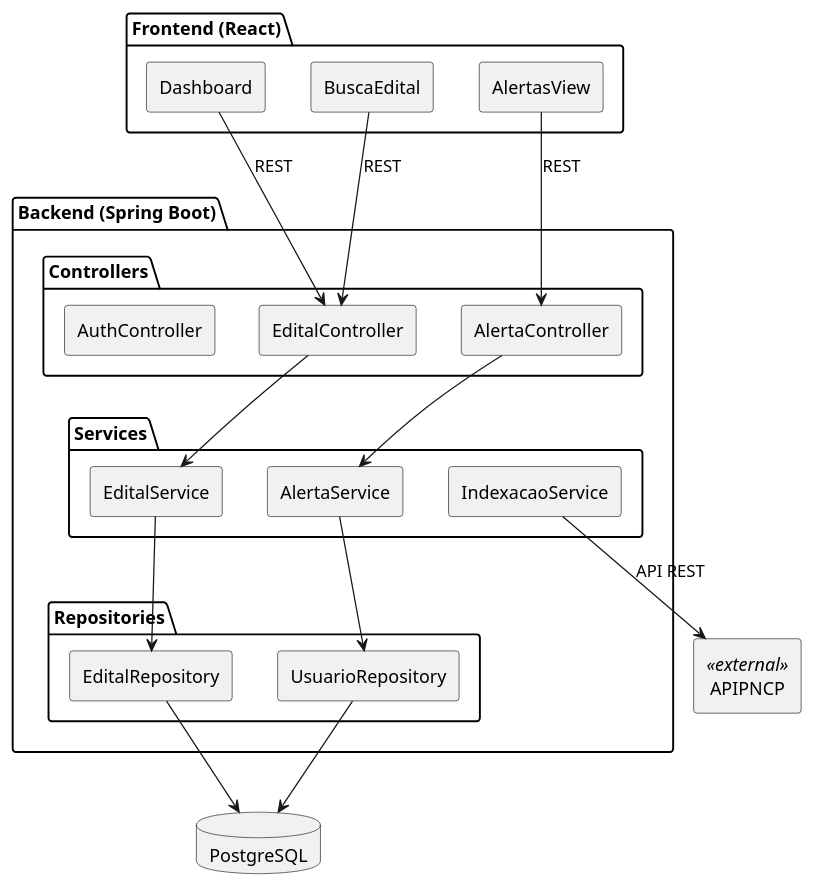
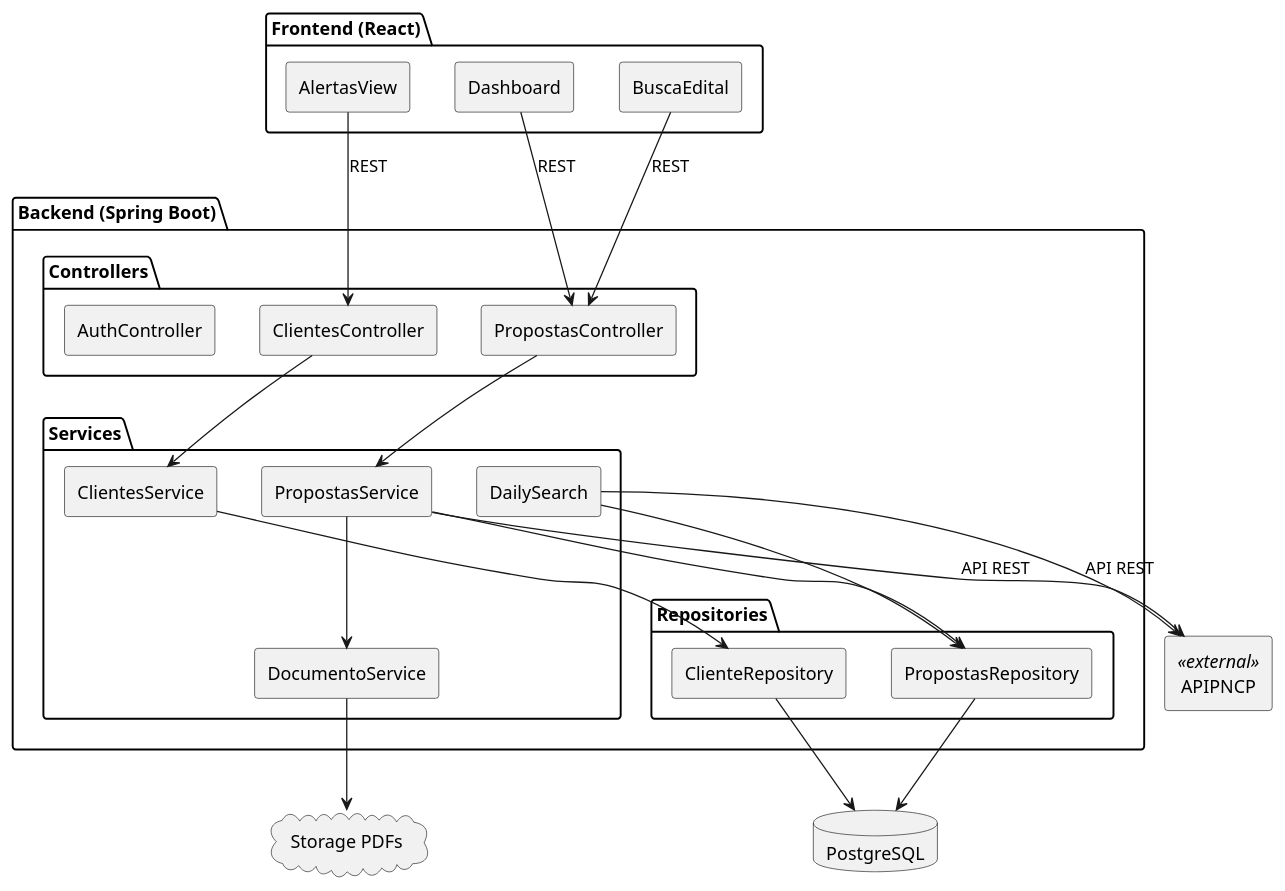
Before and after one commit to LiveiraO2110/eng-software-kurt-mod1: the diagram in docs/arquitetura/diagrama_de_componentes.puml, drawn with PlantUML.

Commit message:
Update component diagram with new controllers and services

```diff
--- a/docs/arquitetura/diagrama_de_componentes.puml
+++ b/docs/arquitetura/diagrama_de_componentes.puml
@@ -1,52 +1,61 @@
 @startuml
 
 skinparam componentStyle rectangle
 skinparam backgroundColor white
 
 package "Frontend (React)" {
 
     [Dashboard]
     [BuscaEdital]
     [AlertasView]
 }
 
 package "Backend (Spring Boot)" {
 
     package "Controllers" {
-        [EditalController]
-        [AlertaController]
+        [ClientesController]
+        [PropostasController]
         [AuthController]
     }
 
     package "Services" {
-        [EditalService]
-        [AlertaService]
-        [IndexacaoService]
+        [PropostasService]
+        [ClientesService]
+        [DailySearch]
+        [DocumentoService]
     }
 
     package "Repositories" {
-        [EditalRepository]
-        [UsuarioRepository]
+        [PropostasRepository]
+        [ClienteRepository]
     }
 }
 
 database "PostgreSQL" as DB
 
+cloud "Storage PDFs" as Storage
+
 [APIPNCP] <<external>>
 
-Dashboard --> EditalController : REST
-BuscaEdital --> EditalController : REST
-AlertasView --> AlertaController : REST
+Dashboard --> PropostasController : REST
+BuscaEdital --> PropostasController : REST
+AlertasView --> ClientesController : REST
 
-EditalController --> EditalService
-AlertaController --> AlertaService
+PropostasController --> PropostasService
+ClientesController --> ClientesService
 
-EditalService --> EditalRepository
-AlertaService --> UsuarioRepository
+ClientesService --> ClienteRepository
+PropostasService --> PropostasRepository
 
-IndexacaoService --> APIPNCP : API REST
+DailySearch --> PropostasRepository
 
-EditalRepository --> DB
-UsuarioRepository --> DB
+PropostasService --> APIPNCP : API REST
+DailySearch --> APIPNCP : API REST
+
+DocumentoService --> Storage
+PropostasService --> DocumentoService
+
+PropostasRepository --> DB
+ClienteRepository --> DB
 
 @enduml
```
